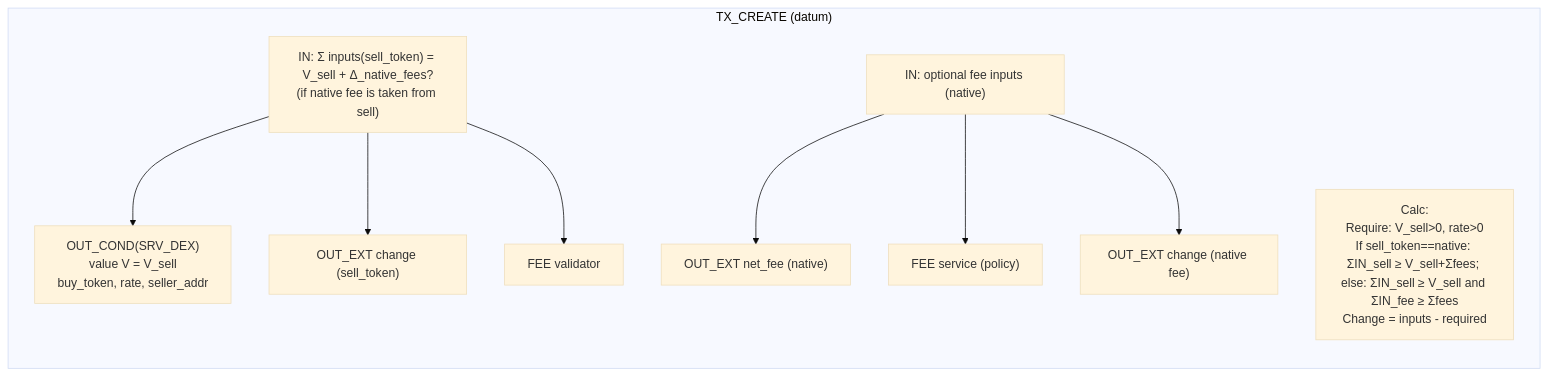
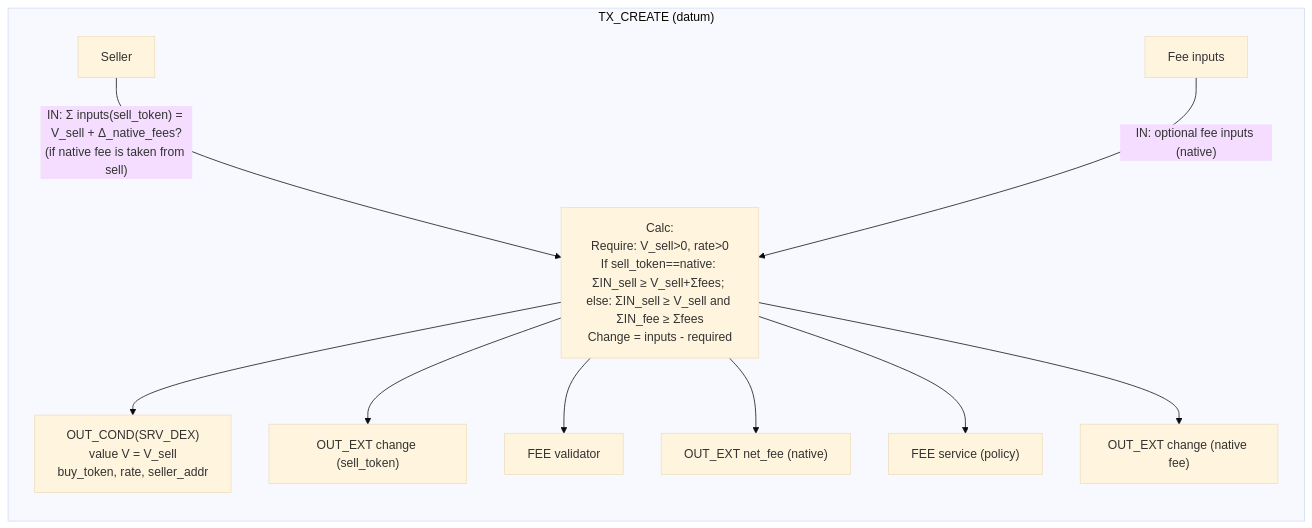
One commit to demlabs-cellframe/cellframe-sdk changed the third of 8 diagrams in modules/service/dex/docs/11_DIAGRAMS.md. Above: the diagram before and after it, drawn with Mermaid (base theme). The commit also changed other lines of this file, not shown here.

````diff
--- a/modules/service/dex/docs/11_DIAGRAMS.md
+++ b/modules/service/dex/docs/11_DIAGRAMS.md
@@ -130,21 +115,23 @@
 ```mermaid
 flowchart LR
 
 subgraph ORDER_CREATE["TX_CREATE (datum)"]
-  IN_SELL["IN: Σ inputs(sell_token) = V_sell + Δ_native_fees?<br/>(if native fee is taken from sell)"]
-  IN_FEE["IN: optional fee inputs (native)"]
+  SELLER["Seller"]
+  FEE_IN["Fee inputs"]
   OUT_ORDER["OUT_COND(SRV_DEX)<br/>value V = V_sell<br/>buy_token, rate, seller_addr"]
   OUT_NET["OUT_EXT net_fee (native)"]
   OUT_VAL["FEE validator"]
   OUT_SRV["FEE service (policy)"]
   OUT_CHG_SELL["OUT_EXT change (sell_token)"]
   OUT_CHG_FEE["OUT_EXT change (native fee)"]
   CALC["Calc:<br/>Require: V_sell>0, rate>0<br/>If sell_token==native: ΣIN_sell ≥ V_sell+Σfees; else: ΣIN_sell ≥ V_sell and ΣIN_fee ≥ Σfees<br/>Change = inputs - required"]
-  IN_SELL --> OUT_ORDER
-  IN_SELL --> OUT_CHG_SELL
-  IN_FEE --> OUT_NET
-  IN_FEE --> OUT_SRV
-  IN_FEE --> OUT_CHG_FEE
-  IN_SELL --> OUT_VAL
+  SELLER -- "IN: Σ inputs(sell_token) = V_sell + Δ_native_fees?<br/>(if native fee is taken from sell)" --> CALC
+  FEE_IN -- "IN: optional fee inputs (native)" --> CALC
+  CALC --> OUT_ORDER
+  CALC --> OUT_CHG_SELL
+  CALC --> OUT_VAL
+  CALC --> OUT_NET
+  CALC --> OUT_SRV
+  CALC --> OUT_CHG_FEE
 end
 ```
````
